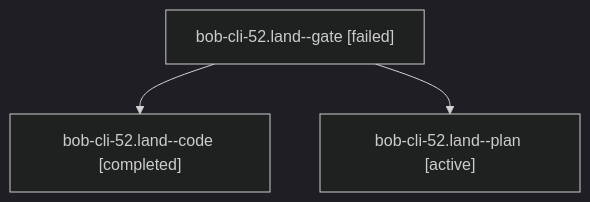
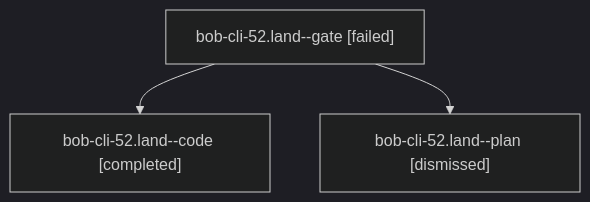
Before and after one commit to bobs-org/bob-cli--agents: the diagram in sessions/bbugyi200.athena.bob-cli-52.land.md, drawn with Mermaid (dark theme). The commit also changed other lines of this file and 44 other files, not shown here.

````diff
--- a/sessions/bbugyi200.athena.bob-cli-52.land.md
+++ b/sessions/bbugyi200.athena.bob-cli-52.land.md
@@ -9,8 +9,8 @@
 ```mermaid
 flowchart TD
   n0["bob-cli-52.land--gate [failed]"]
   n1["bob-cli-52.land--code [completed]"]
   n0 --> n1
-  n2["bob-cli-52.land--plan [active]"]
+  n2["bob-cli-52.land--plan [dismissed]"]
   n0 --> n2
 ```
````
